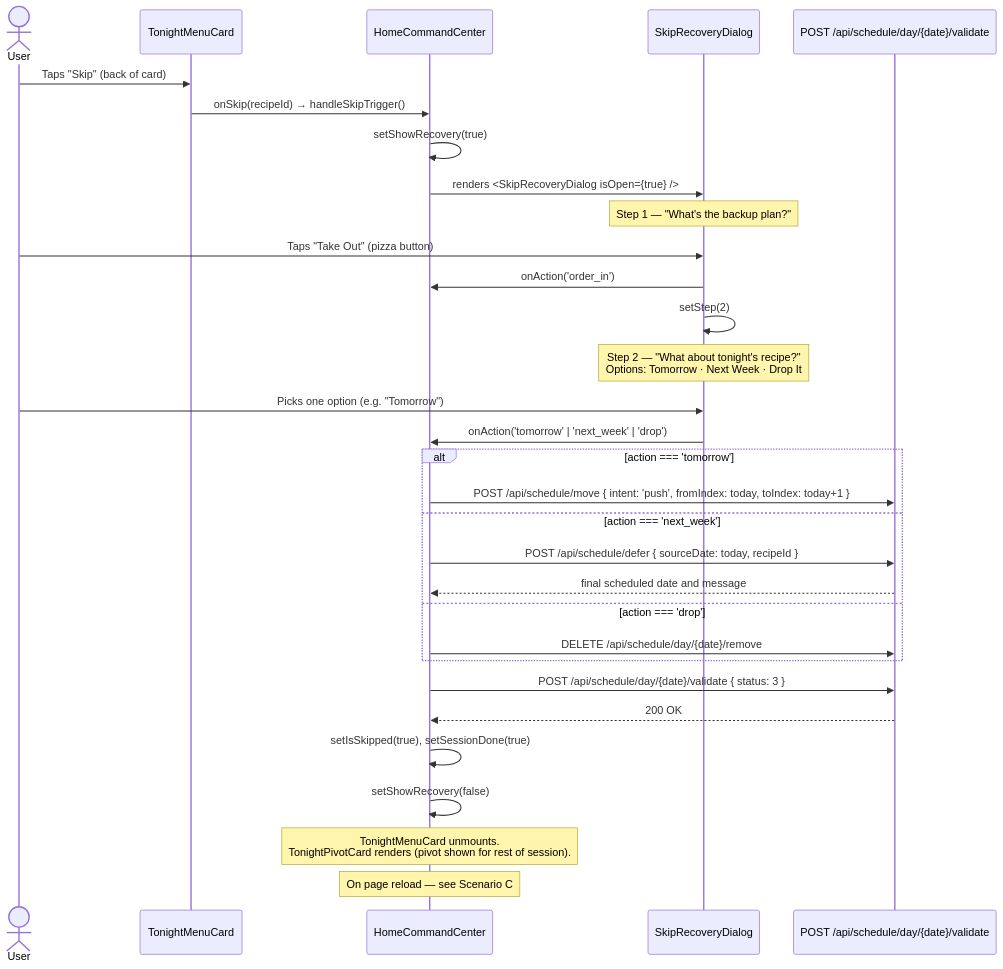
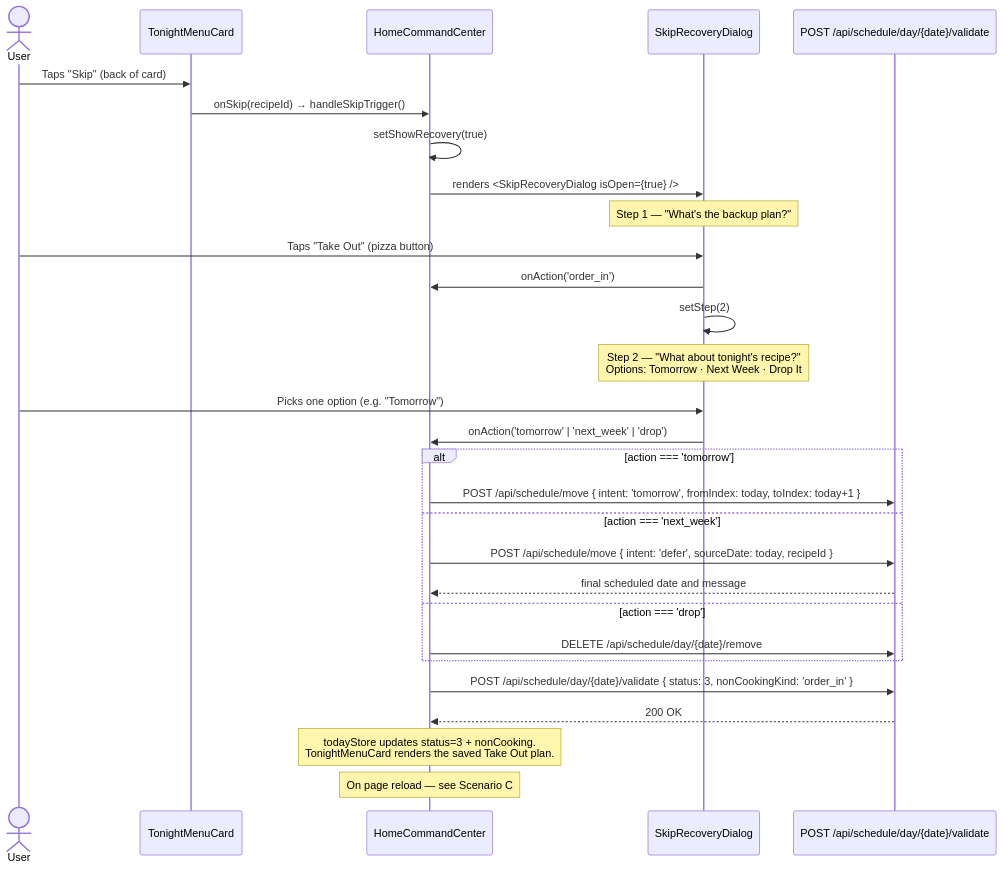
Before and after one commit to AlexandreBrisebois/whats-for-supper: the first of 3 diagrams in docs/flows/user-flows/order-in-flow.md, drawn with Mermaid. The commit also changed other lines of this file and 280 other files, not shown here.

````diff
--- a/docs/flows/user-flows/order-in-flow.md
+++ b/docs/flows/user-flows/order-in-flow.md
@@ -12,43 +12,40 @@
 ```mermaid
 sequenceDiagram
     actor User
     participant TMC as TonightMenuCard
     participant HCC as HomeCommandCenter
     participant SRD as SkipRecoveryDialog
     participant API as POST /api/schedule/day/{date}/validate
 
     User->>TMC: Taps "Skip" (back of card)
     TMC->>HCC: onSkip(recipeId) → handleSkipTrigger()
     HCC->>HCC: setShowRecovery(true)
     HCC->>SRD: renders <SkipRecoveryDialog isOpen={true} />
 
     Note over SRD: Step 1 — "What's the backup plan?"
 
     User->>SRD: Taps "Take Out" (pizza button)
     SRD->>HCC: onAction('order_in')
     SRD->>SRD: setStep(2)
 
     Note over SRD: Step 2 — "What about tonight's recipe?"<br/>Options: Tomorrow · Next Week · Drop It
 
     User->>SRD: Picks one option (e.g. "Tomorrow")
     SRD->>HCC: onAction('tomorrow' | 'next_week' | 'drop')
 
     alt action === 'tomorrow'
-        HCC->>API: POST /api/schedule/move { intent: 'push', fromIndex: today, toIndex: today+1 }
+        HCC->>API: POST /api/schedule/move { intent: 'tomorrow', fromIndex: today, toIndex: today+1 }
     else action === 'next_week'
-        HCC->>API: POST /api/schedule/defer { sourceDate: today, recipeId }
+        HCC->>API: POST /api/schedule/move { intent: 'defer', sourceDate: today, recipeId }
         API-->>HCC: final scheduled date and message
     else action === 'drop'
         HCC->>API: DELETE /api/schedule/day/{date}/remove
     end
 
-    HCC->>API: POST /api/schedule/day/{date}/validate { status: 3 }
+    HCC->>API: POST /api/schedule/day/{date}/validate { status: 3, nonCookingKind: 'order_in' }
     API-->>HCC: 200 OK
 
-    HCC->>HCC: setIsSkipped(true), setSessionDone(true)
-    HCC->>HCC: setShowRecovery(false)
-
-    Note over HCC: TonightMenuCard unmounts.<br/>TonightPivotCard renders (pivot shown for rest of session).
+    Note over HCC: todayStore updates status=3 + nonCooking.<br/>TonightMenuCard renders the saved Take Out plan.
 
     Note over HCC: On page reload — see Scenario C
 ```
````
